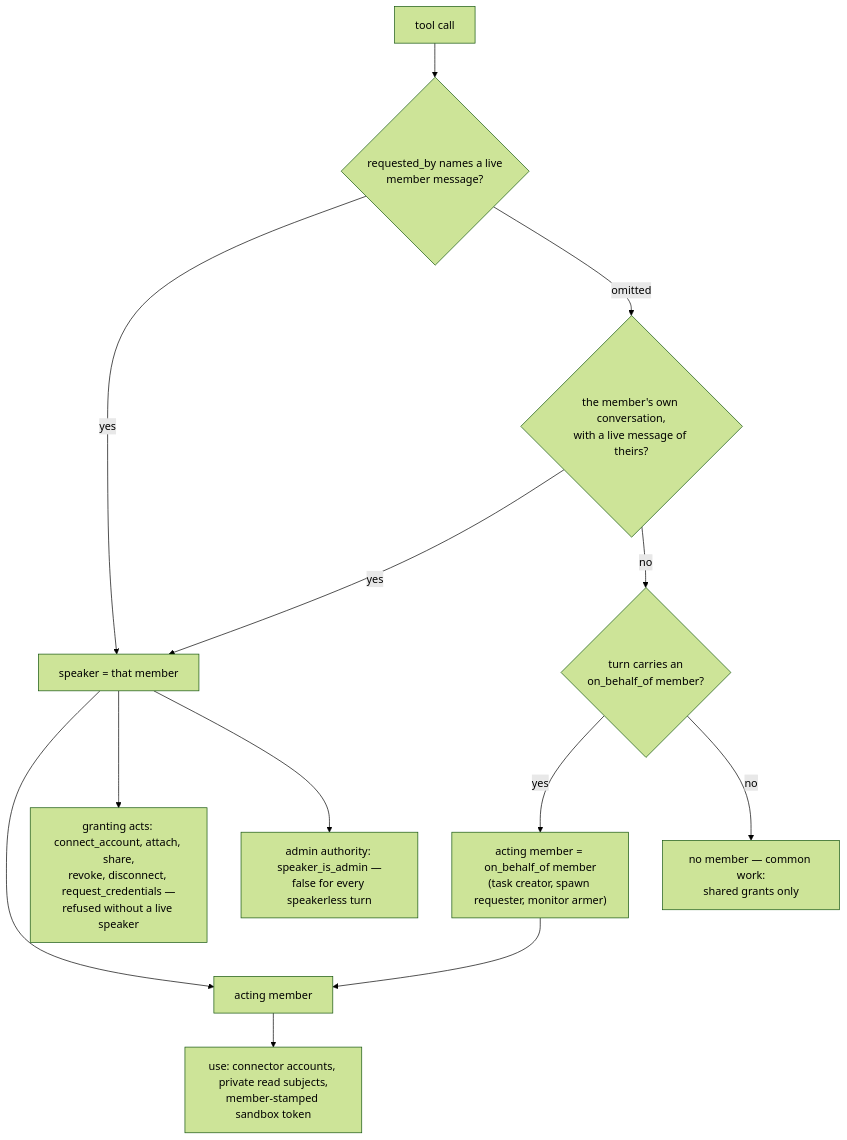
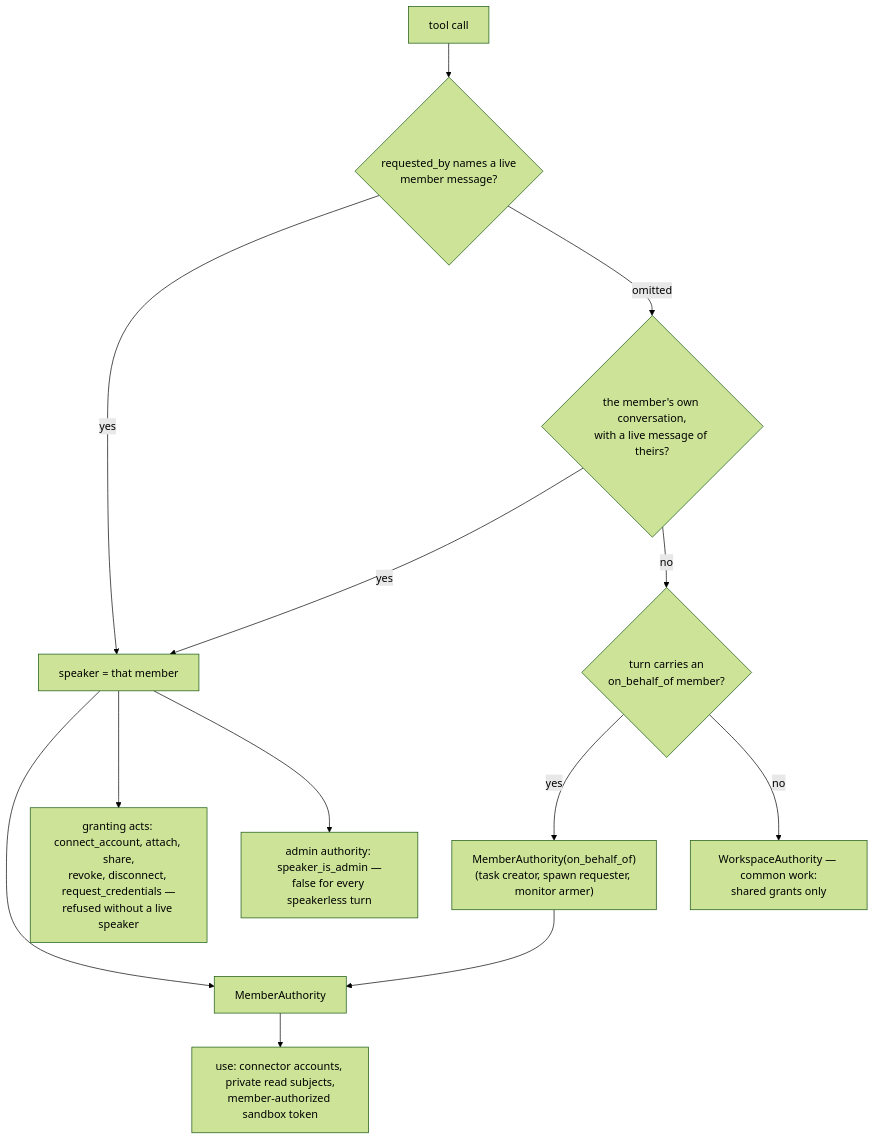
Before and after one commit to ufo-ai/ufo-core: the second of 5 diagrams in docs/permissions.md, drawn with Mermaid (forest theme). The commit also changed other lines of this file and 80 other files, not shown here.

````diff
--- a/docs/permissions.md
+++ b/docs/permissions.md
@@ -57,15 +67,15 @@
 ```mermaid
 flowchart TD
     TC["tool call"] --> RB{"requested_by names a live<br/>member message?"}
     RB -->|yes| SP["speaker = that member"]
     RB -->|omitted| OWN{"the member's own conversation,<br/>with a live message of theirs?"}
     OWN -->|yes| SP
     OWN -->|no| OB{"turn carries an<br/>on_behalf_of member?"}
-    OB -->|yes| BEH["acting member = on_behalf_of member<br/>(task creator, spawn requester, monitor armer)"]
-    OB -->|no| NONE["no member — common work:<br/>shared grants only"]
-    SP --> ACT["acting member"]
+    OB -->|yes| BEH["MemberAuthority(on_behalf_of)<br/>(task creator, spawn requester, monitor armer)"]
+    OB -->|no| NONE["WorkspaceAuthority — common work:<br/>shared grants only"]
+    SP --> ACT["MemberAuthority"]
     BEH --> ACT
-    ACT --> USE["use: connector accounts, private read subjects,<br/>member-stamped sandbox token"]
+    ACT --> USE["use: connector accounts, private read subjects,<br/>member-authorized sandbox token"]
     SP --> GR["granting acts: connect_account, attach, share,<br/>revoke, disconnect, request_credentials —<br/>refused without a live speaker"]
     SP --> AD["admin authority: speaker_is_admin —<br/>false for every speakerless turn"]
 ```
````
